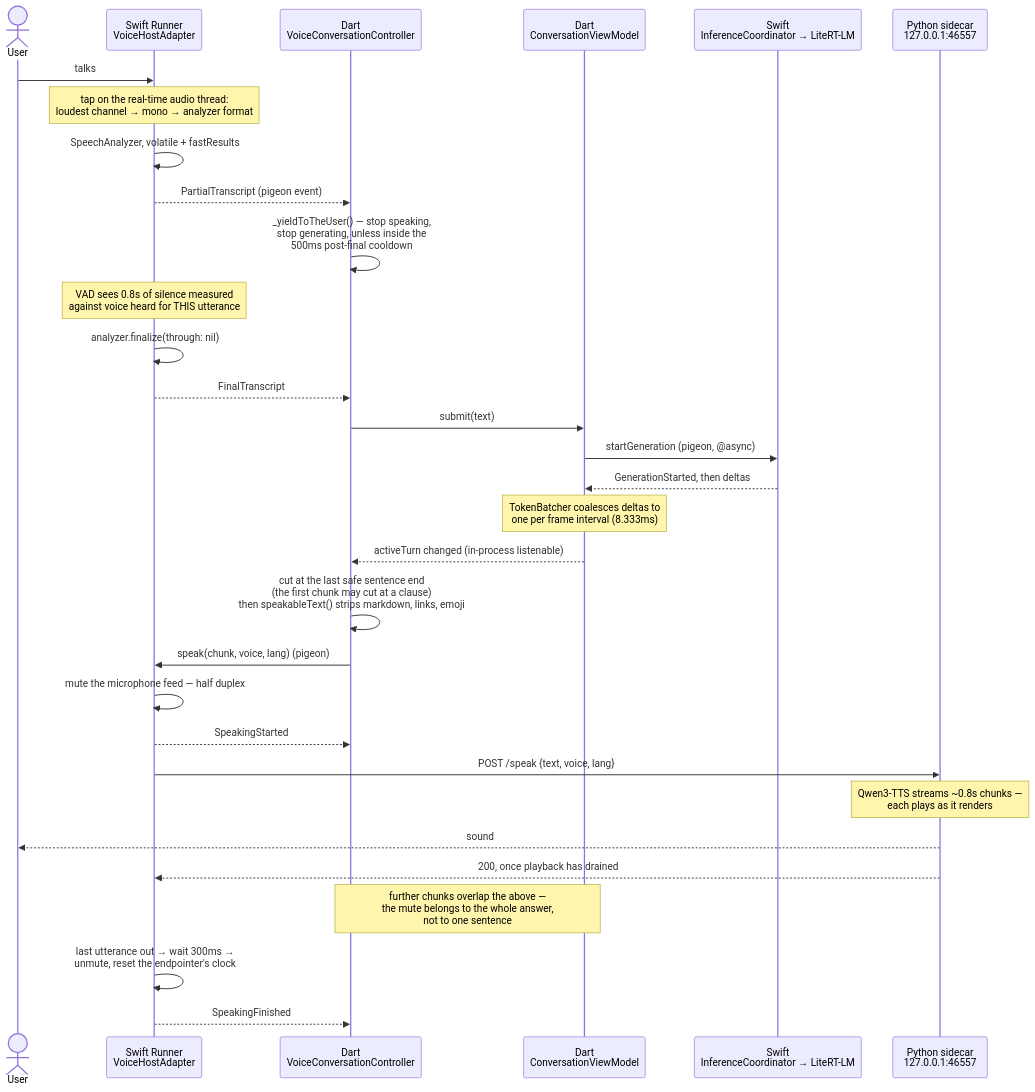
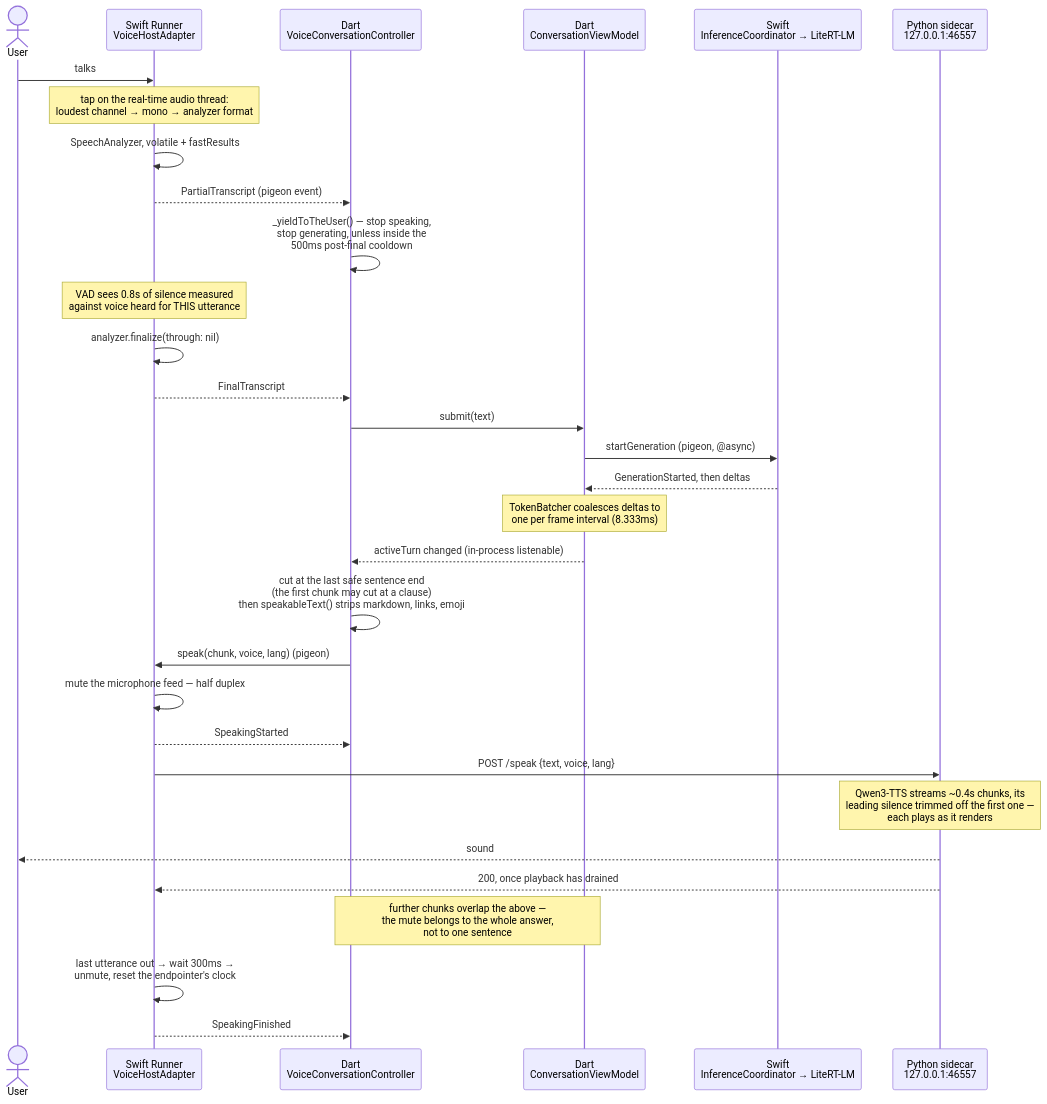
One commit to chyiiiiiiiiiiii/lulo changed the second of 3 diagrams in docs/architecture.md. Above: the diagram before and after it, drawn with Mermaid. The commit also changed other lines of this file and 3 other files, not shown here.

````diff
--- a/docs/architecture.md
+++ b/docs/architecture.md
@@ -142,37 +143,37 @@
 ```mermaid
 sequenceDiagram
     actor User
     participant Host as Swift Runner<br/>VoiceHostAdapter
     participant Voice as Dart<br/>VoiceConversationController
     participant Conv as Dart<br/>ConversationViewModel
     participant LLM as Swift<br/>InferenceCoordinator → LiteRT-LM
     participant TTS as Python sidecar<br/>127.0.0.1:46557
 
     User->>Host: talks
     Note over Host: tap on the real-time audio thread:<br/>loudest channel → mono → analyzer format
     Host->>Host: SpeechAnalyzer, volatile + fastResults
     Host-->>Voice: PartialTranscript (pigeon event)
     Voice->>Voice: _yieldToTheUser() — stop speaking,<br/>stop generating, unless inside the<br/>500ms post-final cooldown
     Note over Host: VAD sees 0.8s of silence measured<br/>against voice heard for THIS utterance
     Host->>Host: analyzer.finalize(through: nil)
     Host-->>Voice: FinalTranscript
 
     Voice->>Conv: submit(text)
     Conv->>LLM: startGeneration (pigeon, @async)
     LLM-->>Conv: GenerationStarted, then deltas
     Note over Conv: TokenBatcher coalesces deltas to<br/>one per frame interval (8.333ms)
     Conv-->>Voice: activeTurn changed (in-process listenable)
 
     Voice->>Voice: cut at the last safe sentence end<br/>(the first chunk may cut at a clause)<br/>then speakableText() strips markdown, links, emoji
     Voice->>Host: speak(chunk, voice, lang) (pigeon)
     Host->>Host: mute the microphone feed — half duplex
     Host-->>Voice: SpeakingStarted
     Host->>TTS: POST /speak {text, voice, lang}
-    Note over TTS: Qwen3-TTS streams ~0.8s chunks —<br/>each plays as it renders
+    Note over TTS: Qwen3-TTS streams ~0.4s chunks, its<br/>leading silence trimmed off the first one —<br/>each plays as it renders
     TTS-->>User: sound
     TTS-->>Host: 200, once playback has drained
 
     Note over Conv,Voice: further chunks overlap the above —<br/>the mute belongs to the whole answer,<br/>not to one sentence
     Host->>Host: last utterance out → wait 300ms →<br/>unmute, reset the endpointer's clock
     Host-->>Voice: SpeakingFinished
 ```
````
